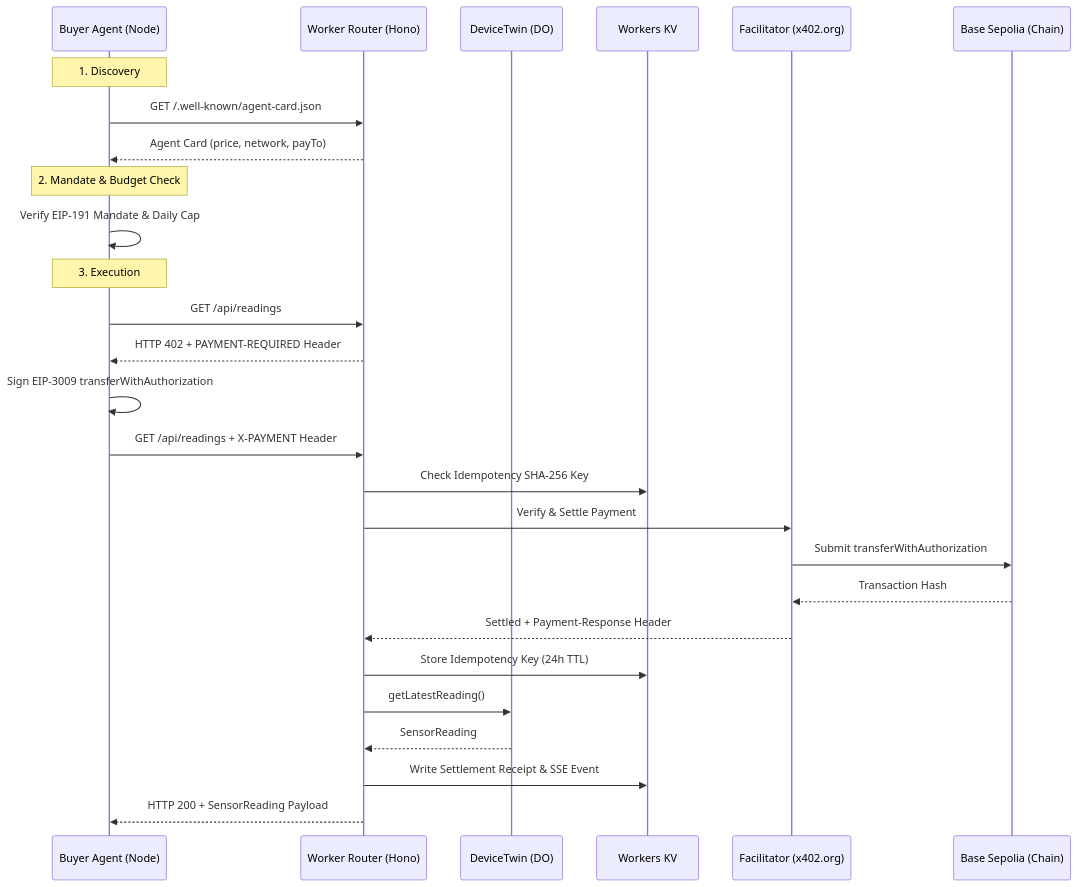
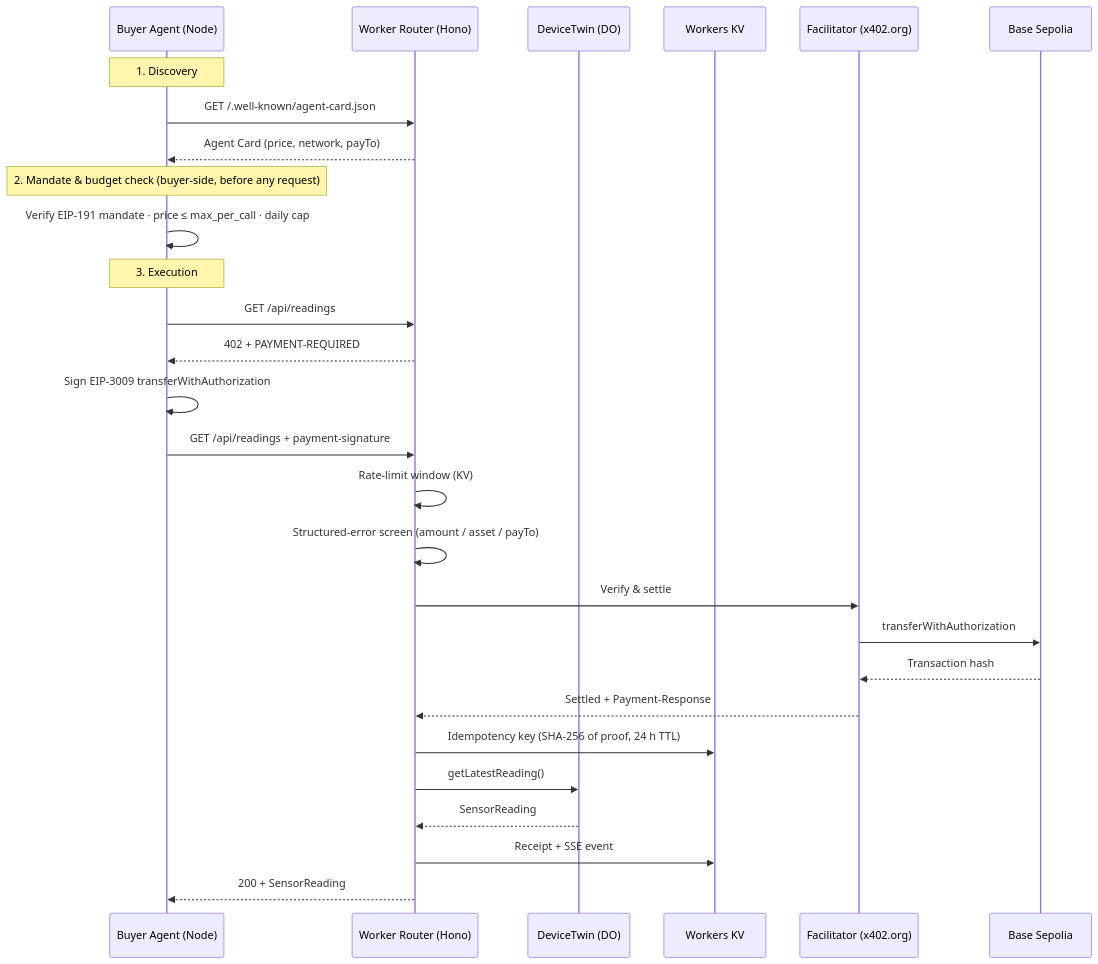
The diagram in docs/week3/WEEK3-REPORT.md (Soresta/x402-iot-poc), drawn with Mermaid before and after one commit. The commit also changed other lines of this file and 3 other files, not shown here.

````diff
--- a/docs/week3/WEEK3-REPORT.md
+++ b/docs/week3/WEEK3-REPORT.md
@@ -18,32 +31,33 @@
 ```mermaid
 sequenceDiagram
     participant B as Buyer Agent (Node)
     participant W as Worker Router (Hono)
     participant DO as DeviceTwin (DO)
     participant KV as Workers KV
     participant F as Facilitator (x402.org)
-    participant C as Base Sepolia (Chain)
+    participant C as Base Sepolia
 
     Note over B: 1. Discovery
     B->>W: GET /.well-known/agent-card.json
     W-->>B: Agent Card (price, network, payTo)
 
-    Note over B: 2. Mandate & Budget Check
-    B->>B: Verify EIP-191 Mandate & Daily Cap
+    Note over B: 2. Mandate & budget check (buyer-side, before any request)
+    B->>B: Verify EIP-191 mandate · price ≤ max_per_call · daily cap
 
     Note over B: 3. Execution
     B->>W: GET /api/readings
-    W-->>B: HTTP 402 + PAYMENT-REQUIRED Header
+    W-->>B: 402 + PAYMENT-REQUIRED
     B->>B: Sign EIP-3009 transferWithAuthorization
-    B->>W: GET /api/readings + X-PAYMENT Header
-    W->>KV: Check Idempotency SHA-256 Key
-    W->>F: Verify & Settle Payment
-    F->>C: Submit transferWithAuthorization
-    C-->>F: Transaction Hash
-    F-->>W: Settled + Payment-Response Header
-    W->>KV: Store Idempotency Key (24h TTL)
+    B->>W: GET /api/readings + payment-signature
+    W->>W: Rate-limit window (KV)
+    W->>W: Structured-error screen (amount / asset / payTo)
+    W->>F: Verify & settle
+    F->>C: transferWithAuthorization
+    C-->>F: Transaction hash
+    F-->>W: Settled + Payment-Response
+    W->>KV: Idempotency key (SHA-256 of proof, 24 h TTL)
     W->>DO: getLatestReading()
     DO-->>W: SensorReading
-    W->>KV: Write Settlement Receipt & SSE Event
-    W-->>B: HTTP 200 + SensorReading Payload
+    W->>KV: Receipt + SSE event
+    W-->>B: 200 + SensorReading
 ```
````
